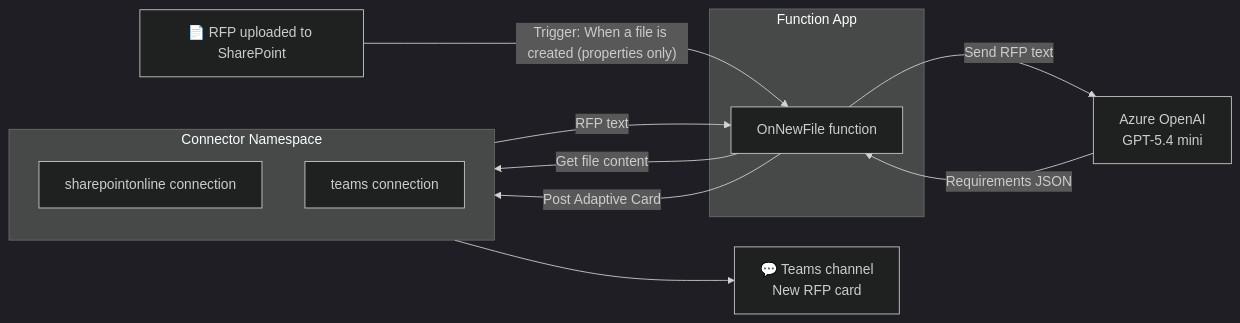
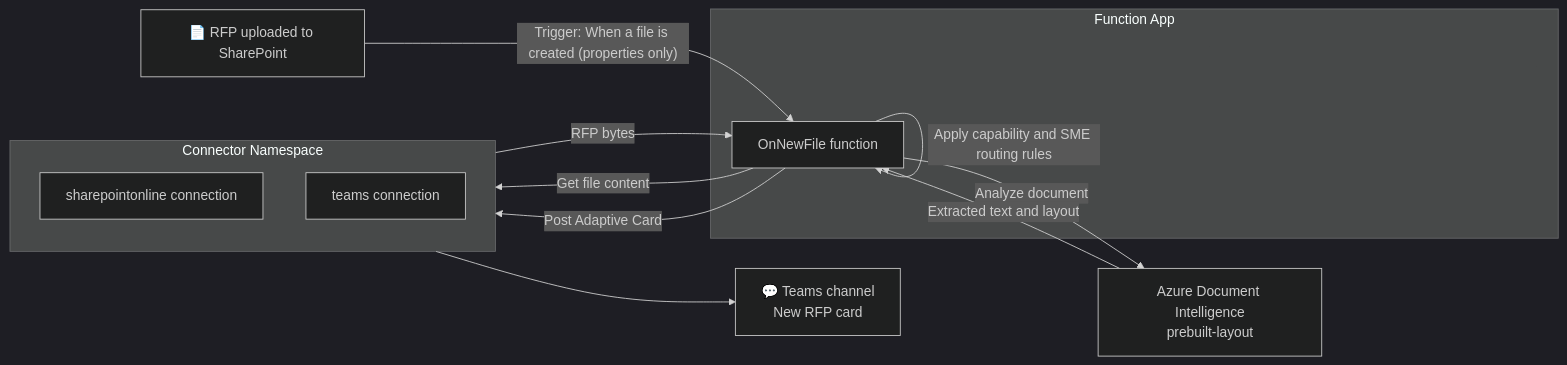
One commit to Azure-Samples/functions-connectors-net-rfp-intake-sharepoint-teams changed the diagram in README.md. Above: the diagram before and after it, drawn with Mermaid (dark theme). The commit also changed other lines of this file and 16 other files, not shown here.

First line of the commit message:
Replace Azure OpenAI with Document Intelligence

````diff
--- a/README.md
+++ b/README.md
@@ -17,22 +18,23 @@
 ```mermaid
 flowchart LR
     A["📄 RFP uploaded to SharePoint"]
     A -->|"Trigger: When a file is created (properties only)"| B
 
     subgraph FA["Function App"]
       B["OnNewFile function"]
     end
 
     subgraph CN["Connector Namespace"]
       direction TB
       SP["sharepointonline connection"]
       TM["teams connection"]
     end
 
     B -->|"Get file content"| SP
-    SP -->|"RFP text"| B
-    B -->|"Send RFP text"| C["Azure OpenAI<br/>GPT-5.4 mini"]
-    C -->|"Requirements JSON"| B
+    SP -->|"RFP bytes"| B
+    B -->|"Analyze document"| C["Azure Document Intelligence<br/>prebuilt-layout"]
+    C -->|"Extracted text and layout"| B
+    B -->|"Apply capability and SME routing rules"| B
     B -->|"Post Adaptive Card"| TM
     TM --> E["💬 Teams channel<br/>New RFP card"]
 ```
````
